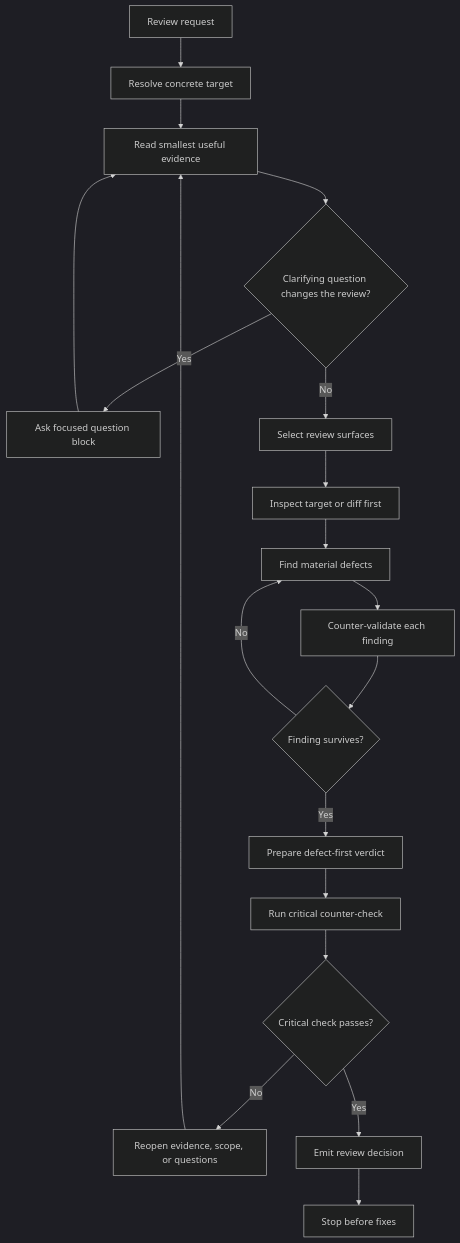
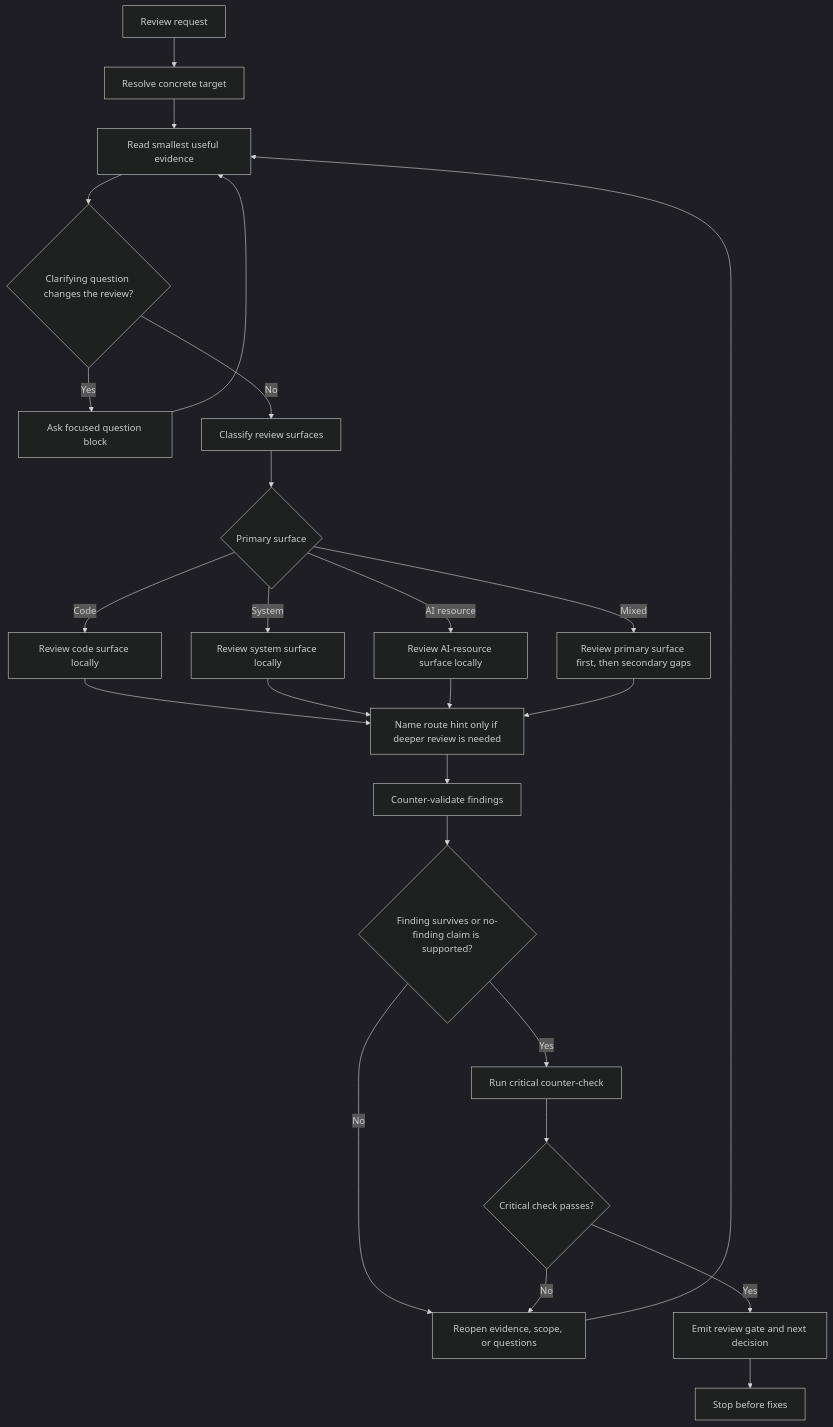
The diagram in .github/skills/internal-gateway-review/SKILL.md (pagopa/cloud-strategy.github), drawn with Mermaid (dark theme) before and after one commit. The commit also changed other lines of this file, not shown here.

Commit message:
refactor: enhance internal-gateway-review skill with additional routing hints and workflow clarifications

````diff
--- a/.github/skills/internal-gateway-review/SKILL.md
+++ b/.github/skills/internal-gateway-review/SKILL.md
@@ -28,21 +35,27 @@
 ```mermaid
 flowchart TD
   A[Review request] --> B[Resolve concrete target]
   B --> C[Read smallest useful evidence]
   C --> D{Clarifying question changes the review?}
   D -->|Yes| E[Ask focused question block]
   E --> C
-  D -->|No| F[Select review surfaces]
-  F --> G[Inspect target or diff first]
-  G --> H[Find material defects]
-  H --> I[Counter-validate each finding]
-  I --> J{Finding survives?}
-  J -->|No| H
-  J -->|Yes| K[Prepare defect-first verdict]
-  K --> L[Run critical counter-check]
-  L --> M{Critical check passes?}
-  M -->|No| N[Reopen evidence, scope, or questions]
-  N --> C
-  M -->|Yes| O[Emit review decision]
-  O --> P[Stop before fixes]
+  D -->|No| F[Classify review surfaces]
+  F --> G{Primary surface}
+  G -->|Code| H[Review code surface locally]
+  G -->|System| I[Review system surface locally]
+  G -->|AI resource| J[Review AI-resource surface locally]
+  G -->|Mixed| K[Review primary surface first, then secondary gaps]
+  H --> L[Name route hint only if deeper review is needed]
+  I --> L
+  J --> L
+  K --> L
+  L --> M[Counter-validate findings]
+  M --> N{Finding survives or no-finding claim is supported?}
+  N -->|No| O[Reopen evidence, scope, or questions]
+  O --> C
+  N -->|Yes| P[Run critical counter-check]
+  P --> Q{Critical check passes?}
+  Q -->|No| O
+  Q -->|Yes| R[Emit review gate and next decision]
+  R --> S[Stop before fixes]
 ```
````
